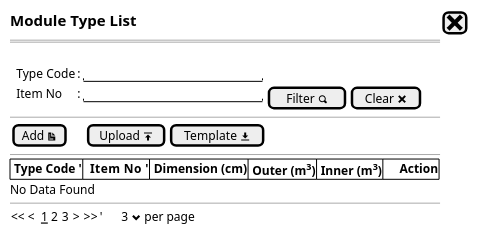
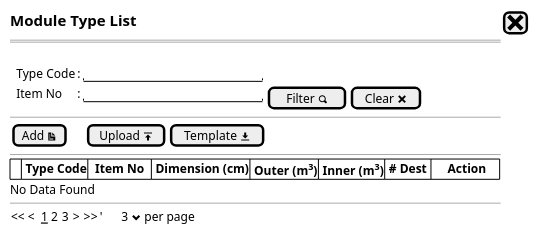
The diagram in Module Type/module type - list step0.puml (ari-fikri/packing-cost-mockup), drawn with PlantUML before and after one commit. The commit also changed 3 other files, not shown here.

```diff
--- a/Module Type/module type - list step0.puml
+++ b/Module Type/module type - list step0.puml
@@ -1,25 +1,25 @@
 @startsalt
 {
   <size:15><b>Module Type List|[<size:25><&x>]|*
   ==
   .
   {
       .|Type Code    |: |"                      "|*
       .|Item No      |: |"                      "| [Filter <&magnifying-glass>]| [Clear <&x>]| *      
 
   }
   --
   {
   [Add <&document>]|.|.|.|[Upload <&data-transfer-upload>]| [Template <&data-transfer-download>]|*
   }
   --
   {#
-    |<b> Type Code '|<b>  Item No  '|<b> Dimension (cm)  |<b> Outer (m<sup>3</sup>)   |<b> Inner (m<sup>3</sup>)   |<b>     Action |*|*|*
+    |   |<b> Type Code  |<b>  Item No  |<b> Dimension (cm)  |<b> Outer (m<sup>3</sup>) |<b> Inner (m<sup>3</sup>)   | <b># Dest |<b>     Action     |*|*|*
   }
   No Data Found
   --
   {
   << <  __1__ 2 3  > >>  |'      3 <&chevron-bottom> per page |*
   }
 }
 @endsalt
```
